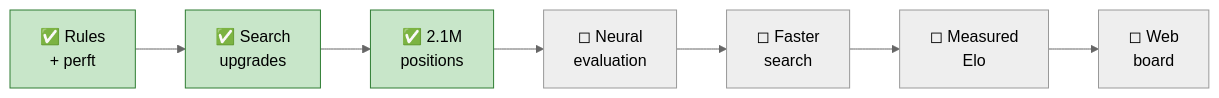
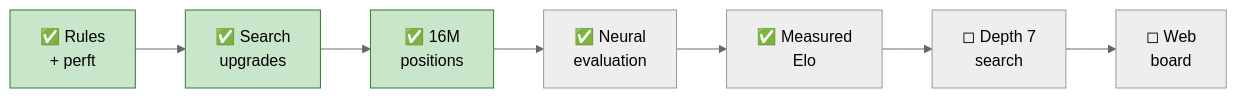
Before and after one commit to quannguyencoder/QiSheng-Xiangqi-Engine-v1: the sixth of 6 diagrams in README.md, drawn with Mermaid (neutral theme). The commit also changed other lines of this file, not shown here.

Commit message:
README: thay số liệu lỗi thời bằng kết quả đo thật (16 triệu mẫu, Elo đối kháng)

````diff
--- a/README.md
+++ b/README.md
@@ -118,8 +135,8 @@
 ```mermaid
 flowchart LR
-    A["✅ Rules<br/>+ perft"] --> B["✅ Search<br/>upgrades"] --> C["✅ 2.1M<br/>positions"]
-    C --> D["◻ Neural<br/>evaluation"] --> E["◻ Faster<br/>search"] --> F["◻ Measured<br/>Elo"] --> G["◻ Web<br/>board"]
+    A["✅ Rules<br/>+ perft"] --> B["✅ Search<br/>upgrades"] --> C["✅ 16M<br/>positions"]
+    C --> D["✅ Neural<br/>evaluation"] --> E["✅ Measured<br/>Elo"] --> F["◻ Depth 7<br/>search"] --> G["◻ Web<br/>board"]
     style A fill:#c8e6c9,stroke:#2e7d32
     style B fill:#c8e6c9,stroke:#2e7d32
     style C fill:#c8e6c9,stroke:#2e7d32
 ```
````
